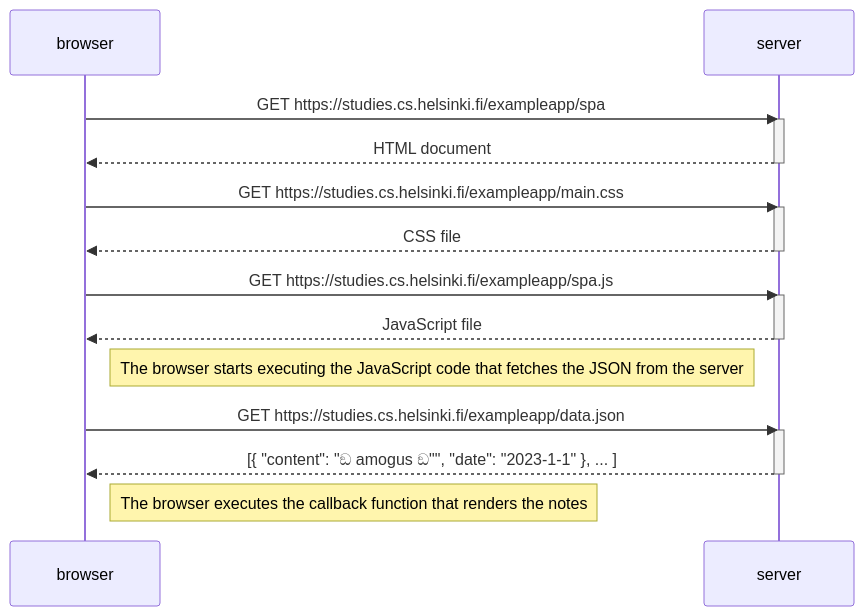
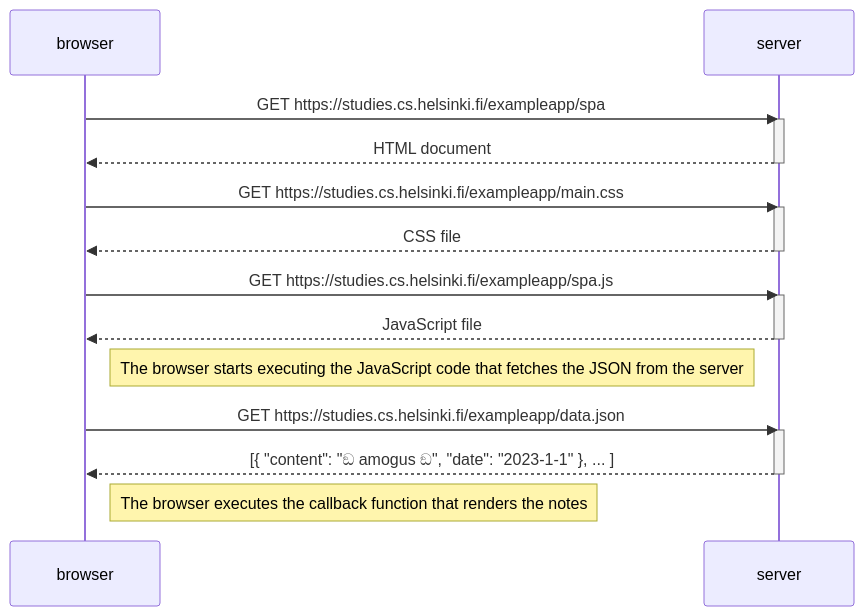
Before and after one commit to 834N5/fso2023: the diagram in part0/0.5.md, drawn with Mermaid. The commit also changed 2 other files, not shown here.

````diff
--- a/part0/0.5.md
+++ b/part0/0.5.md
@@ -1,29 +1,29 @@
 ```mermaid
 	sequenceDiagram
 		participant browser
 		participant server
 
 		browser->>server: GET https://studies.cs.helsinki.fi/exampleapp/spa
 		activate server
 		server-->>browser: HTML document
 		deactivate server
 
 		browser->>server: GET https://studies.cs.helsinki.fi/exampleapp/main.css
 		activate server
 		server-->>browser: CSS file
 		deactivate server
 
 		browser->>server: GET https://studies.cs.helsinki.fi/exampleapp/spa.js
 		activate server
 		server-->>browser: JavaScript file
 		deactivate server
 
 		Note right of browser: The browser starts executing the JavaScript code that fetches the JSON from the server
 
 		browser->>server: GET https://studies.cs.helsinki.fi/exampleapp/data.json
 		activate server
-		server-->>browser: [{ "content": "ඞ amogus ඞ"", "date": "2023-1-1" }, ... ]
+		server-->>browser: [{ "content": "ඞ amogus ඞ", "date": "2023-1-1" }, ... ]
 		deactivate server
 
 		Note right of browser: The browser executes the callback function that renders the notes
 ```
````
